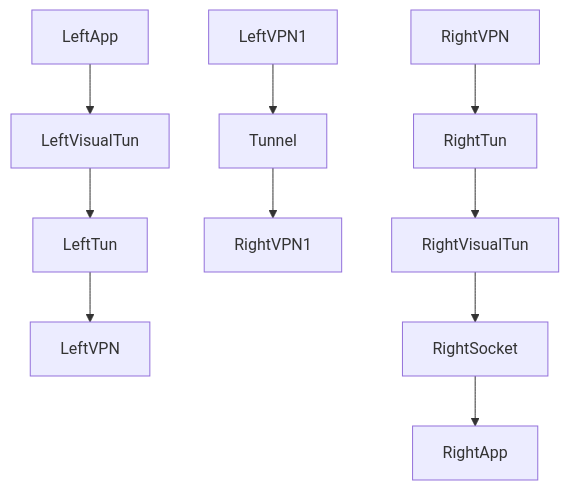
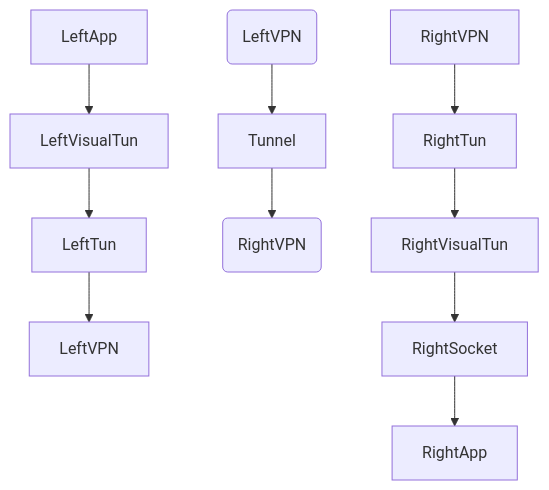
The second of 2 diagrams in docs/tuntap.md (hanchayi/vpn), drawn with Mermaid before and after one commit. The commit also changed 1 other file, not shown here.

Commit message:
feat: add simple tun

````diff
--- a/docs/tuntap.md
+++ b/docs/tuntap.md
@@ -61,6 +61,6 @@
 ```mermaid
 graph TD;
     LeftApp --> LeftVisualTun --> LeftTun --> LeftVPN;
-    LeftVPN1 --> Tunnel --> RightVPN1;
+    LeftVPN1(LeftVPN) --> Tunnel --> RightVPN1(RightVPN);
     RightVPN --> RightTun --> RightVisualTun --> RightSocket --> RightApp;
 ```
````
